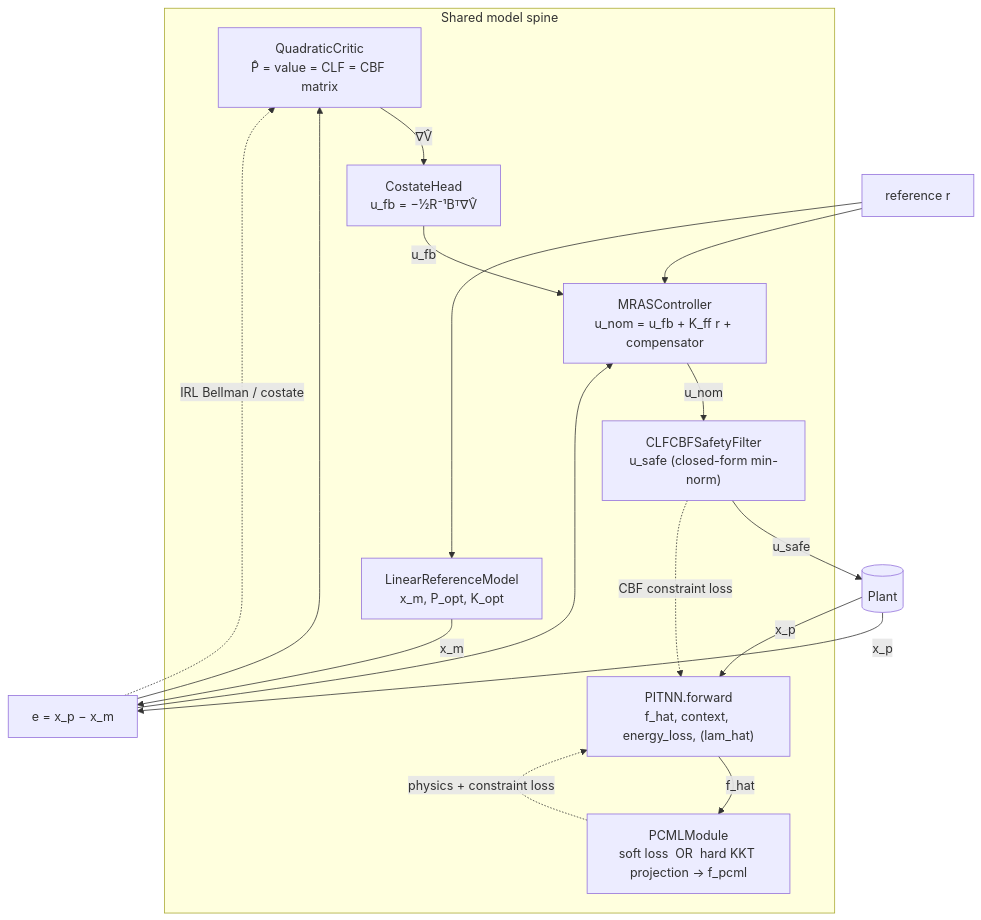
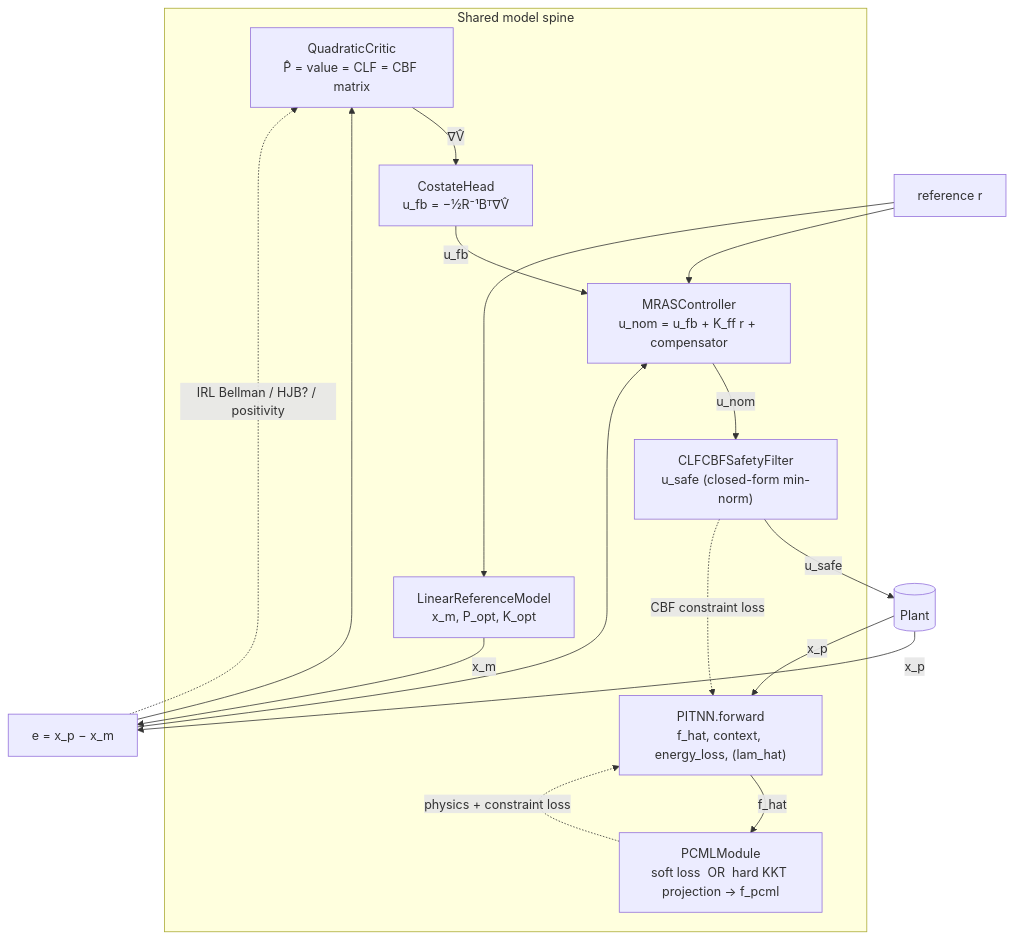
Before and after one commit to danielsimonjr/PITS-MRAS: the fourth of 4 diagrams in docs/architecture/DATAFLOW.md, drawn with Mermaid. The commit also changed other lines of this file and 18 other files, not shown here.

First line of the commit message:
release(v0.4.0): HJB opt-in critic regularizer + costate removal

````diff
--- a/docs/architecture/DATAFLOW.md
+++ b/docs/architecture/DATAFLOW.md
@@ -488,30 +491,30 @@
 ```mermaid
 flowchart TD
     subgraph Spine["Shared model spine"]
         PITNN["PITNN.forward\nf_hat, context, energy_loss, (lam_hat)"]
         PCML["PCMLModule\nsoft loss  OR  hard KKT projection → f_pcml"]
         CRITIC["QuadraticCritic\nP̂ = value = CLF = CBF matrix"]
         COSTATE["CostateHead\nu_fb = −½R⁻¹Bᵀ∇V̂"]
         CTRL["MRASController\nu_nom = u_fb + K_ff r + compensator"]
         CBF["CLFCBFSafetyFilter\nu_safe (closed-form min-norm)"]
         REF["LinearReferenceModel\nx_m, P_opt, K_opt"]
     end
 
     PLANT[(Plant)] -->|x_p| PITNN
     PITNN -->|f_hat| PCML
     REF -->|x_m| ERR["e = x_p − x_m"]
     PLANT -->|x_p| ERR
     ERR --> CRITIC
     CRITIC -->|∇V̂| COSTATE
     COSTATE -->|u_fb| CTRL
     ERR --> CTRL
     REFCMD[reference r] --> CTRL
     REFCMD --> REF
     CTRL -->|u_nom| CBF
     CBF -->|u_safe| PLANT
 
     %% learning loops
-    ERR -. "IRL Bellman / costate" .-> CRITIC
+    ERR -. "IRL Bellman / HJB? / positivity" .-> CRITIC
     PCML -. "physics + constraint loss" .-> PITNN
     CBF -. "CBF constraint loss" .-> PITNN
 ```
````
